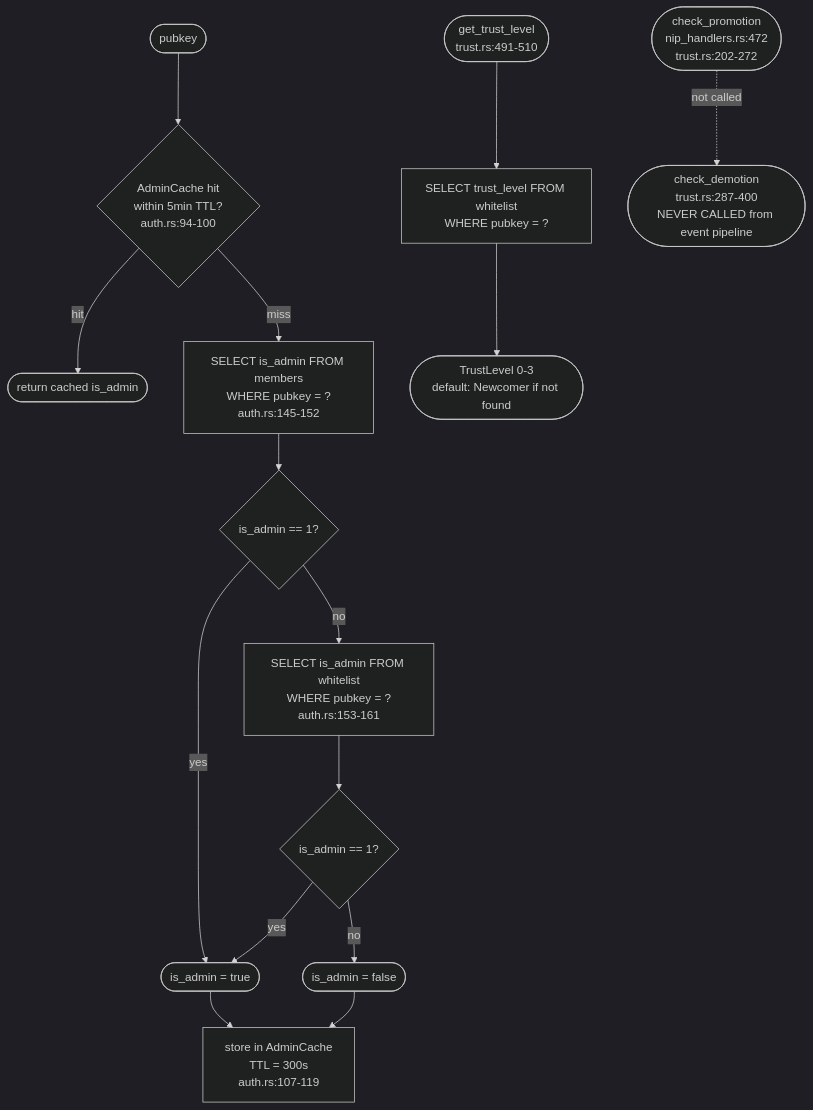
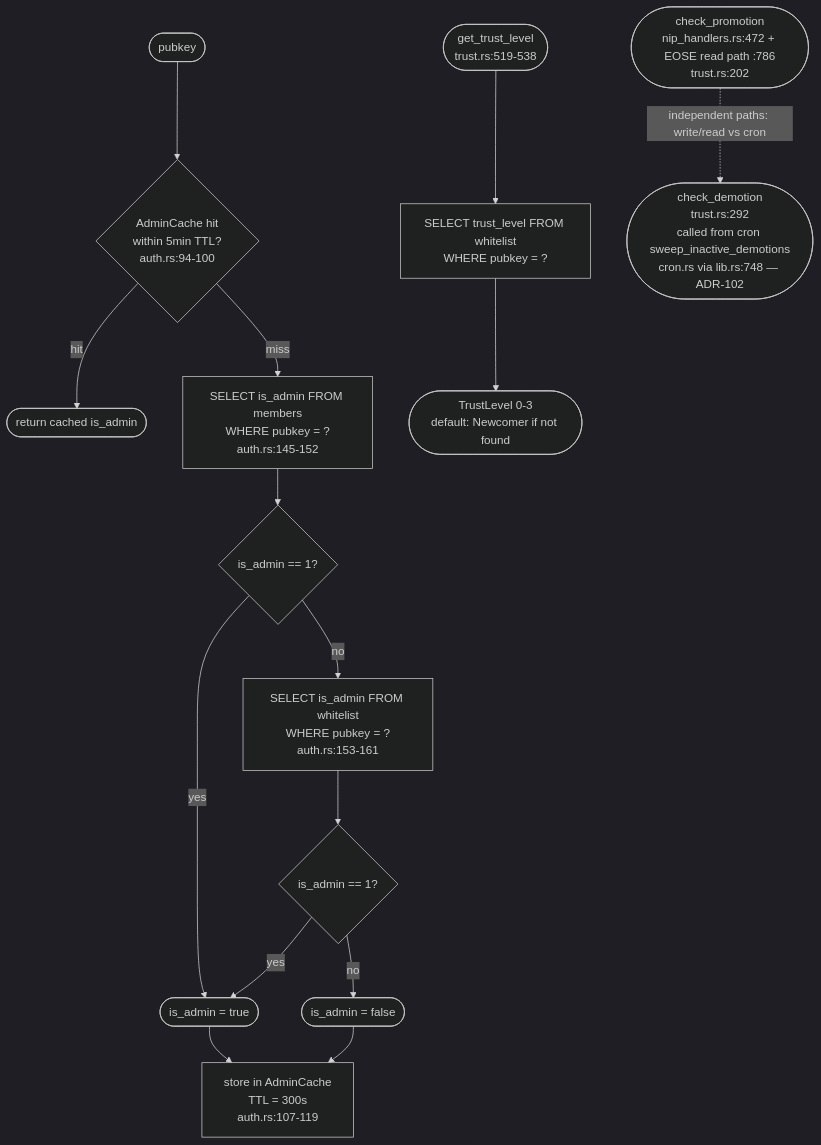
The sixth of 8 diagrams in docs/diagrams/relay-event-admission.md (DreamLab-AI/nostr-rust-forum), drawn with Mermaid (dark theme) before and after one commit. The commit also changed other lines of this file and 5 other files, not shown here.

First line of the commit message:
docs(diagrams): verify mermaid diagrams against code; refresh drifted anchors and label known gaps

````diff
--- a/docs/diagrams/relay-event-admission.md
+++ b/docs/diagrams/relay-event-admission.md
@@ -440,34 +458,34 @@
 ```mermaid
 flowchart TD
     PK([pubkey])
     AC{AdminCache hit\nwithin 5min TTL?\nauth.rs:94-100}
     AC_HIT([return cached is_admin])
     MEM_Q[SELECT is_admin FROM members\nWHERE pubkey = ?\nauth.rs:145-152]
     MEM_ADMIN{is_admin == 1?}
     WL_Q[SELECT is_admin FROM whitelist\nWHERE pubkey = ?\nauth.rs:153-161]
     WL_ADMIN{is_admin == 1?}
     ADMIN_TRUE([is_admin = true])
     ADMIN_FALSE([is_admin = false])
     CACHE_STORE[store in AdminCache\nTTL = 300s\nauth.rs:107-119]
 
     PK --> AC
     AC -->|hit| AC_HIT
     AC -->|miss| MEM_Q
     MEM_Q --> MEM_ADMIN
     MEM_ADMIN -->|yes| ADMIN_TRUE
     MEM_ADMIN -->|no| WL_Q
     WL_Q --> WL_ADMIN
     WL_ADMIN -->|yes| ADMIN_TRUE
     WL_ADMIN -->|no| ADMIN_FALSE
     ADMIN_TRUE --> CACHE_STORE
     ADMIN_FALSE --> CACHE_STORE
 
-    TL([get_trust_level\ntrust.rs:491-510])
+    TL([get_trust_level\ntrust.rs:519-538])
     TL_Q[SELECT trust_level FROM whitelist\nWHERE pubkey = ?]
     TL_R([TrustLevel 0-3\ndefault: Newcomer if not found])
     TL --> TL_Q --> TL_R
 
-    PROMO([check_promotion\nnip_handlers.rs:472\ntrust.rs:202-272])
-    DEMOTE([check_demotion\ntrust.rs:287-400\nNEVER CALLED from event pipeline])
-    PROMO -. not called .-> DEMOTE
+    PROMO([check_promotion\nnip_handlers.rs:472 + EOSE read path :786\ntrust.rs:202])
+    DEMOTE([check_demotion\ntrust.rs:292\ncalled from cron sweep_inactive_demotions\ncron.rs via lib.rs:748 — ADR-102])
+    PROMO -. independent paths: write/read vs cron .-> DEMOTE
 ```
````
